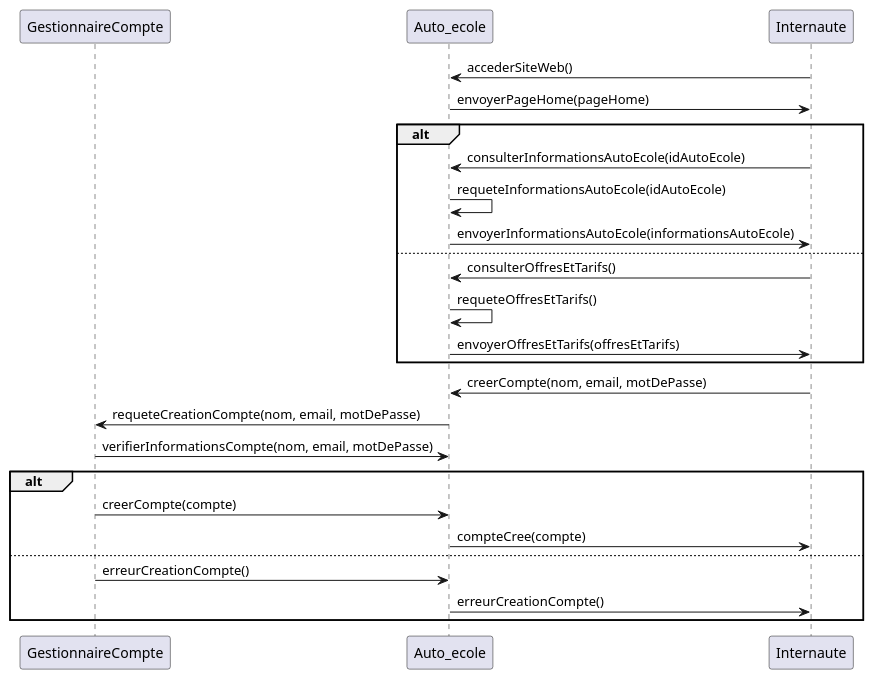
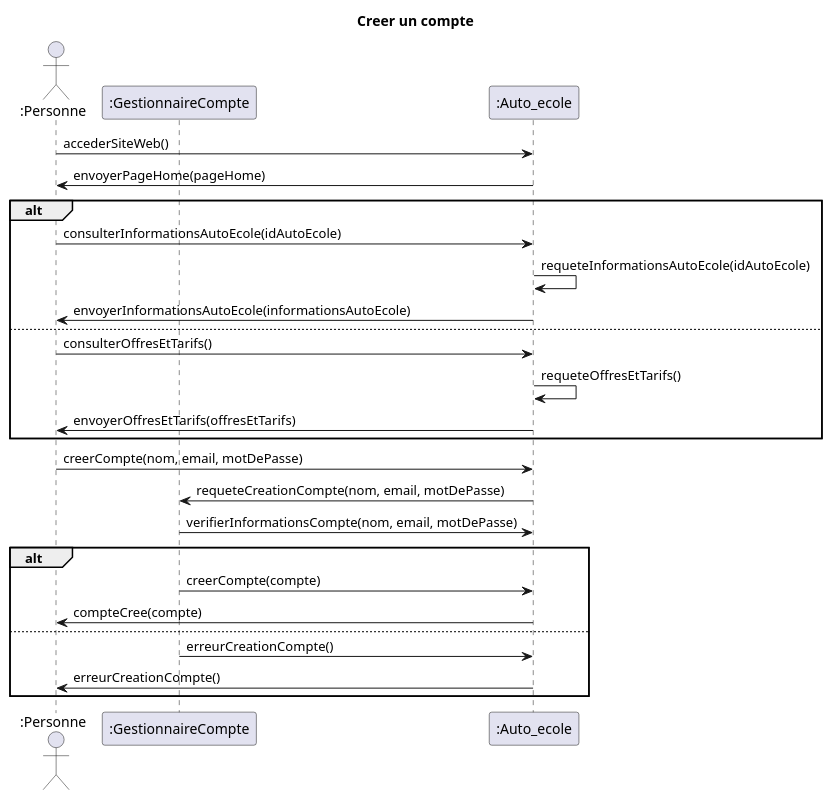
Before and after one commit to jerbi2026/Auto_ecole: the diagram in Rendu 2/Diagramme de sequence/creer_compte.pu, drawn with PlantUML. The commit also changed 12 other files, not shown here.

```diff
--- a/Rendu 2/Diagramme de sequence/creer_compte.pu
+++ b/Rendu 2/Diagramme de sequence/creer_compte.pu
@@ -1,29 +1,31 @@
 @startuml
-participant GestionnaireCompte
-participant Auto_ecole
-participant Internaute
+title Creer un compte
+
+actor ":Personne" as Internaute
+participant ":GestionnaireCompte" as GestionnaireCompte
+participant ":Auto_ecole" as Auto_ecole
 
 Internaute->Auto_ecole: accederSiteWeb()
 Auto_ecole->Internaute: envoyerPageHome(pageHome)
 
 alt
     Internaute->Auto_ecole: consulterInformationsAutoEcole(idAutoEcole)
     Auto_ecole->Auto_ecole: requeteInformationsAutoEcole(idAutoEcole)
     Auto_ecole->Internaute: envoyerInformationsAutoEcole(informationsAutoEcole)
 else
     Internaute->Auto_ecole: consulterOffresEtTarifs()
     Auto_ecole->Auto_ecole: requeteOffresEtTarifs()
     Auto_ecole->Internaute: envoyerOffresEtTarifs(offresEtTarifs)
 end
 
 Internaute->Auto_ecole: creerCompte(nom, email, motDePasse)
 Auto_ecole->GestionnaireCompte: requeteCreationCompte(nom, email, motDePasse)
 GestionnaireCompte->Auto_ecole: verifierInformationsCompte(nom, email, motDePasse)
 alt
     GestionnaireCompte->Auto_ecole: creerCompte(compte)
     Auto_ecole->Internaute: compteCree(compte)
 else
     GestionnaireCompte->Auto_ecole: erreurCreationCompte()
     Auto_ecole->Internaute: erreurCreationCompte()
 end
 @enduml
```
